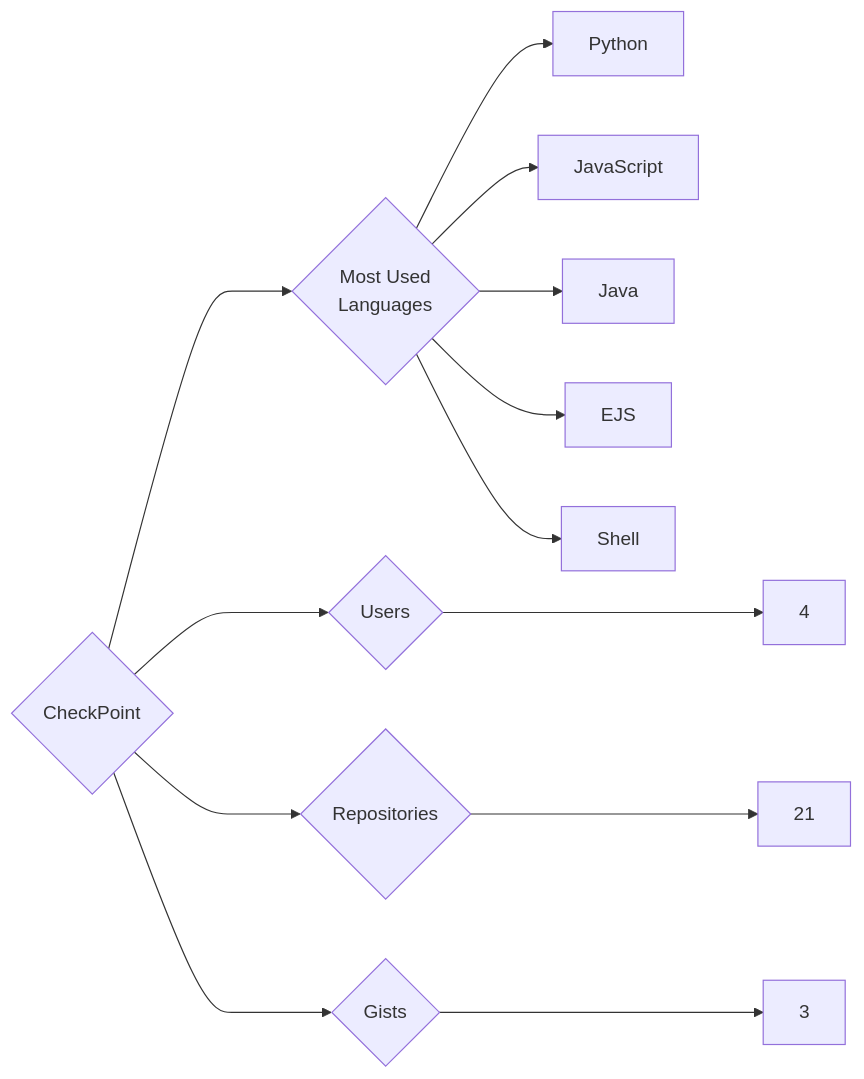
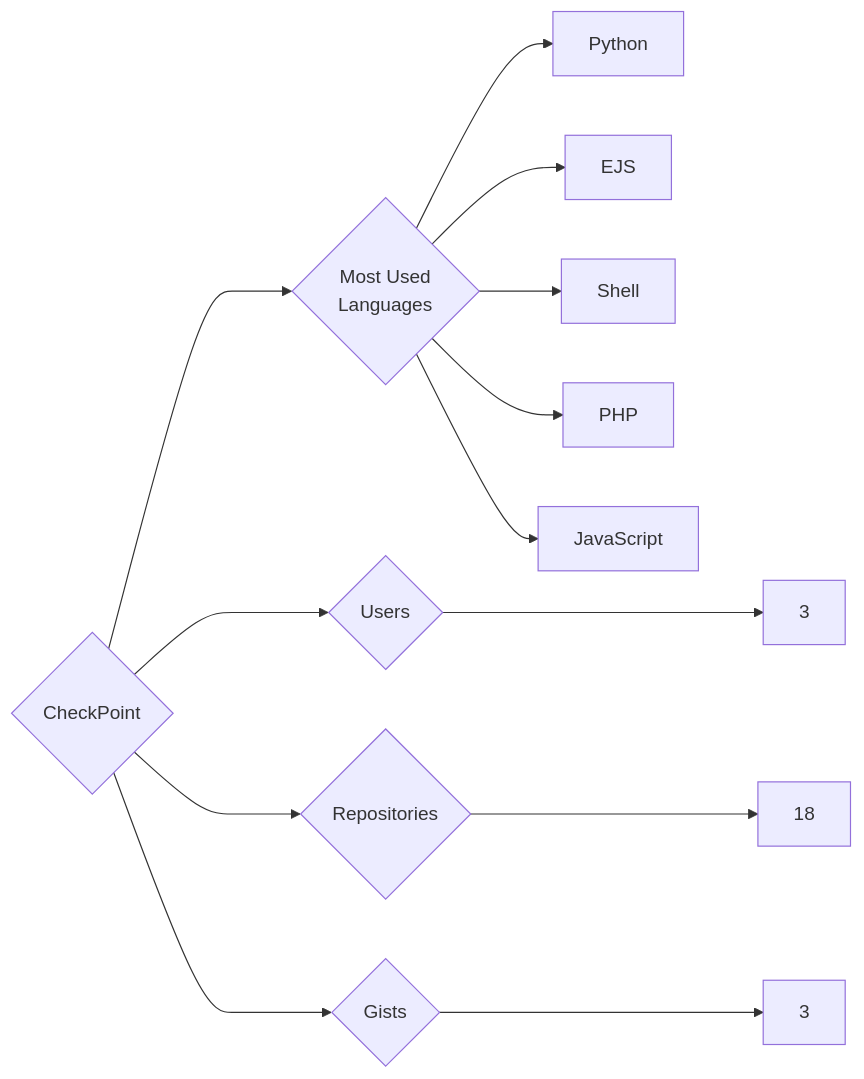
One commit to trickest/insiders changed the diagram in targets/CheckPoint/README.md. Above: the diagram before and after it, drawn with Mermaid. The commit also changed 953 other files, not shown here.

````diff
--- a/targets/CheckPoint/README.md
+++ b/targets/CheckPoint/README.md
@@ -3,13 +3,13 @@
 ```mermaid
 graph LR
 COMPANY_NAME{CheckPoint}
-COMPANY_NAME ---> U{Users} ---> UN[4]
-COMPANY_NAME ---> R{Repositories} ---> RN[21]
+COMPANY_NAME ---> U{Users} ---> UN[3]
+COMPANY_NAME ---> R{Repositories} ---> RN[18]
 COMPANY_NAME ---> G{Gists} ---> GN[3]
 COMPANY_NAME ---> ML{Most Used<br>Languages}
 ML --> Python[Python]
-ML --> JavaScript[JavaScript]
-ML --> Java[Java]
 ML --> EJS[EJS]
 ML --> Shell[Shell]
+ML --> PHP[PHP]
+ML --> JavaScript[JavaScript]
 ```
````
